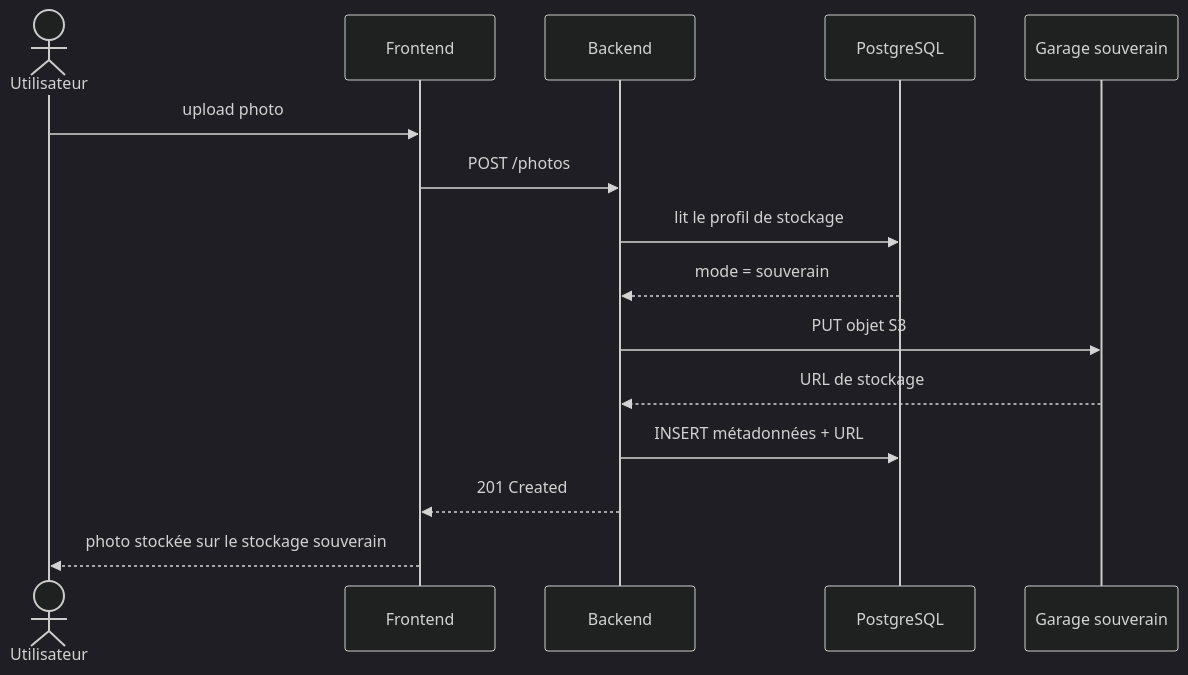
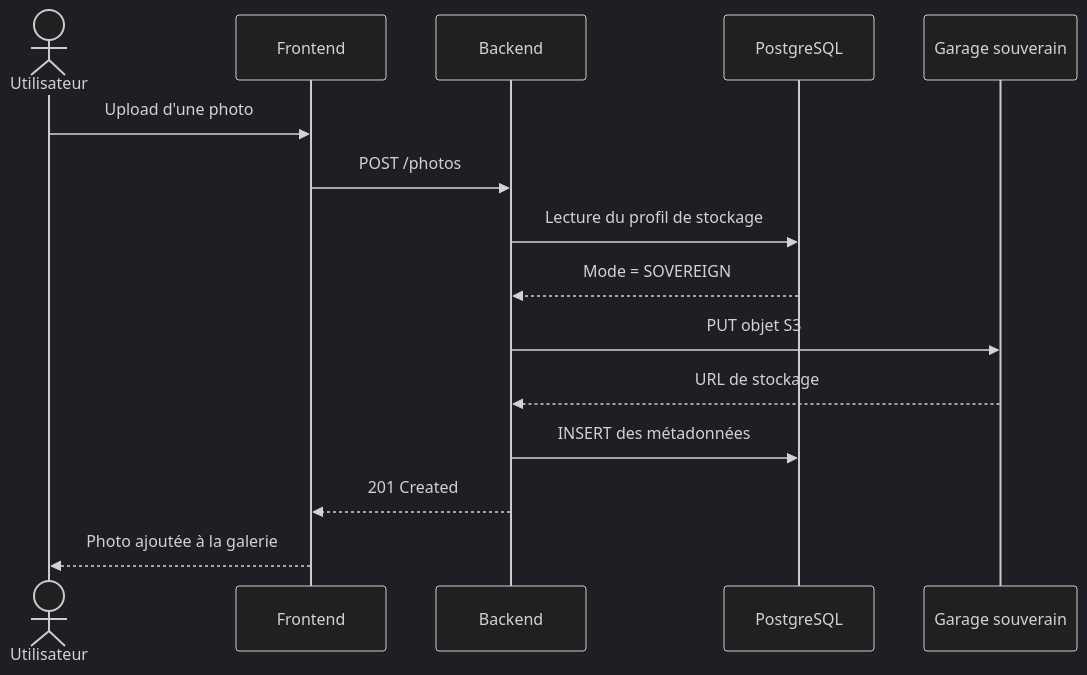
Before and after one commit to BOINAR/sovlens: the third of 3 diagrams in documentation/architecture/sequence-diagram.md, drawn with Mermaid. The commit also changed other lines of this file, not shown here.

Commit message:
docs: mise à jour des diagrammes de séquence

````diff
--- a/documentation/architecture/sequence-diagram.md
+++ b/documentation/architecture/sequence-diagram.md
@@ -53,19 +71,19 @@
 ```mermaid
 %%{init: {'theme': 'dark', 'themeVariables': {'fontSize': '16px'}}}%%
 sequenceDiagram
   actor U as Utilisateur
   participant F as Frontend
   participant B as Backend
   participant DB as PostgreSQL
   participant GS as Garage souverain
 
-  U->>F: upload photo
+  U->>F: Upload d'une photo
   F->>B: POST /photos
-  B->>DB: lit le profil de stockage
-  DB-->>B: mode = souverain
+  B->>DB: Lecture du profil de stockage
+  DB-->>B: Mode = SOVEREIGN
   B->>GS: PUT objet S3
   GS-->>B: URL de stockage
-  B->>DB: INSERT métadonnées + URL
+  B->>DB: INSERT des métadonnées
   B-->>F: 201 Created
-  F-->>U: photo stockée sur le stockage souverain
+  F-->>U: Photo ajoutée à la galerie
 ```
````
